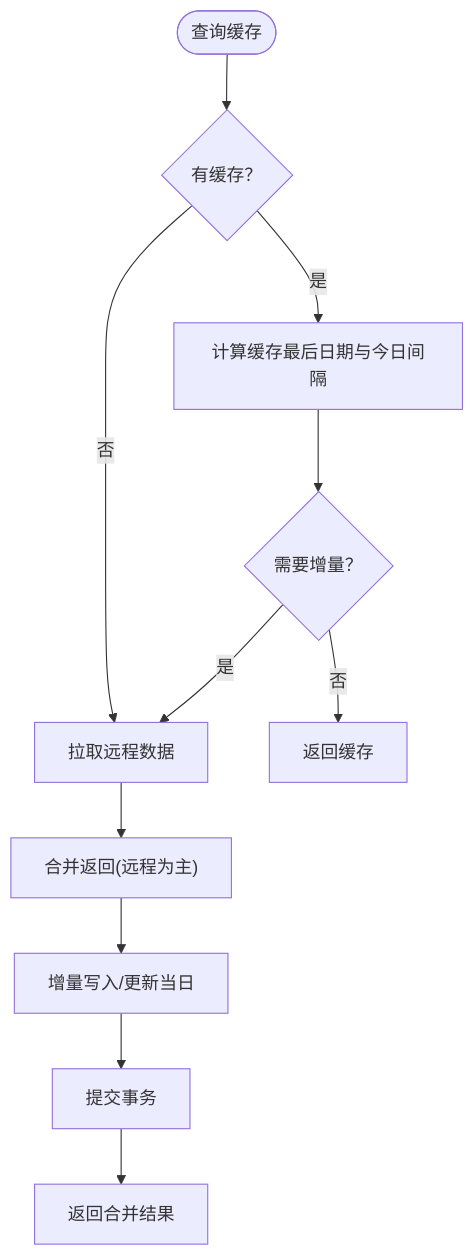
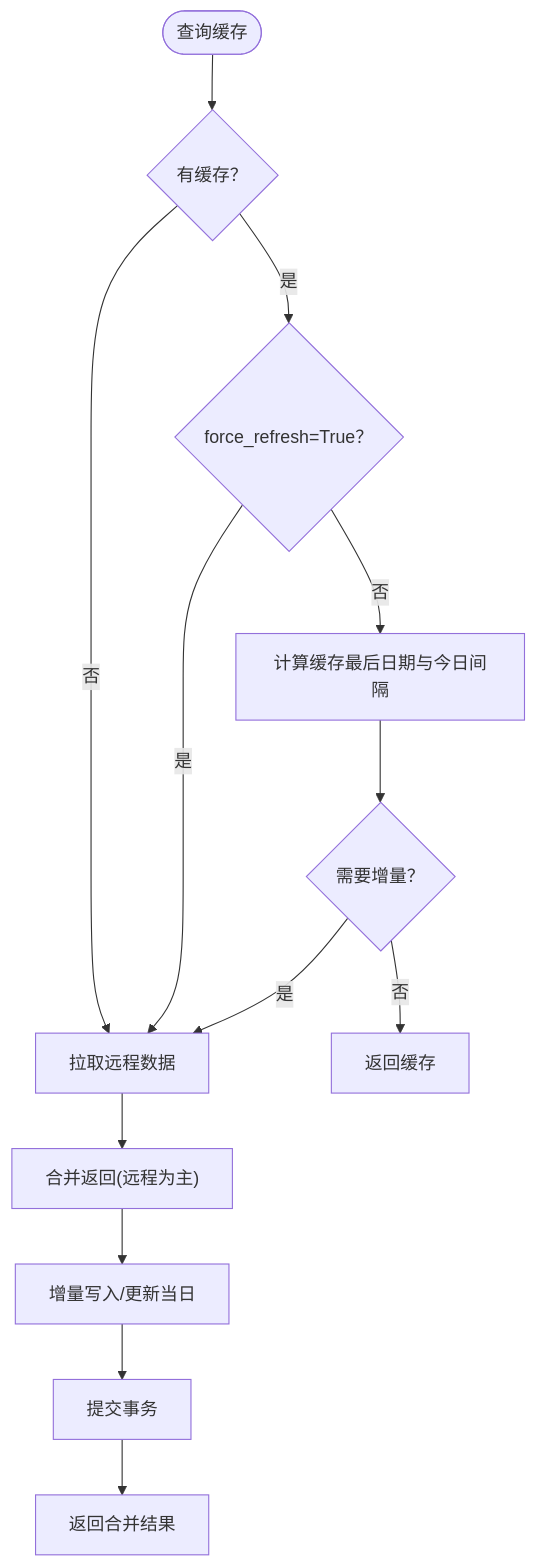
Before and after one commit to Moruime/stock_foker: the fourth of 5 diagrams in .qoder/repowiki/zh/content/核心功能/技术面分析系统/K线数据获取.md, drawn with Mermaid. The commit also changed other lines of this file and 16 other files, not shown here.

````diff
--- a/.qoder/repowiki/zh/content/核心功能/技术面分析系统/K线数据获取.md
+++ b/.qoder/repowiki/zh/content/核心功能/技术面分析系统/K线数据获取.md
@@ -163,13 +186,15 @@
 ```mermaid
 flowchart TD
 QStart(["查询缓存"]) --> HasCache{"有缓存？"}
 HasCache --> |否| FetchRemote["拉取远程数据"]
-HasCache --> |是| GapCheck["计算缓存最后日期与今日间隔"]
+HasCache --> |是| ForceRefresh{"force_refresh=True？"}
+ForceRefresh --> |是| FetchRemote
+ForceRefresh --> |否| GapCheck["计算缓存最后日期与今日间隔"]
 GapCheck --> NeedFetch{"需要增量？"}
 NeedFetch --> |否| ReturnCache["返回缓存"]
 NeedFetch --> |是| FetchRemote
 FetchRemote --> Merge["合并返回(远程为主)"]
 Merge --> WriteCache["增量写入/更新当日"]
 WriteCache --> Commit["提交事务"]
 Commit --> ReturnMerge["返回合并结果"]
 ```
````
